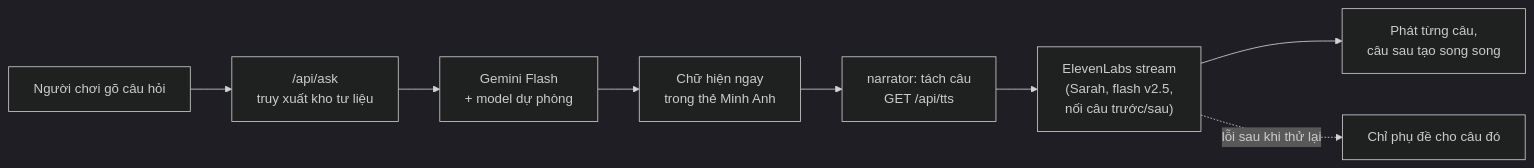
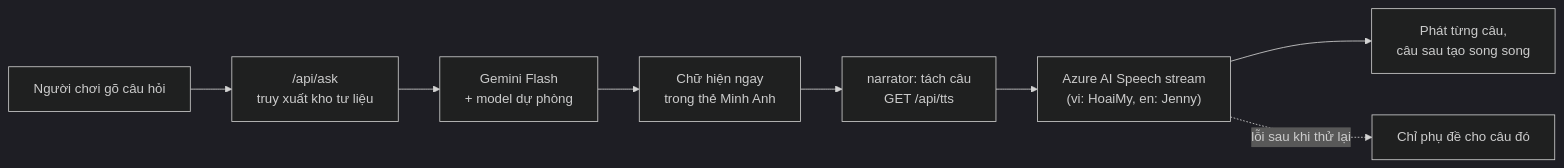
Before and after one commit to huynh-phong/3D-Digital-Tourism: the diagram in README.md, drawn with Mermaid (dark theme). The commit also changed other lines of this file and 3 other files, not shown here.

First line of the commit message:
Use Azure AI Speech native voices for Minh Anh

````diff
--- a/README.md
+++ b/README.md
@@ -101,10 +102,10 @@
 ```mermaid
 flowchart LR
   Q[Người chơi gõ câu hỏi] --> A["/api/ask<br/>truy xuất kho tư liệu"]
   A --> G[Gemini Flash<br/>+ model dự phòng]
   G --> T[Chữ hiện ngay<br/>trong thẻ Minh Anh]
   T --> N["narrator: tách câu<br/>GET /api/tts"]
-  N --> E["ElevenLabs stream<br/>(Sarah, flash v2.5,<br/>nối câu trước/sau)"]
+  N --> E["Azure AI Speech stream<br/>(vi: HoaiMy, en: Jenny)"]
   E --> P[Phát từng câu,<br/>câu sau tạo song song]
   E -. lỗi sau khi thử lại .-> F[Chỉ phụ đề cho câu đó]
 ```
````
